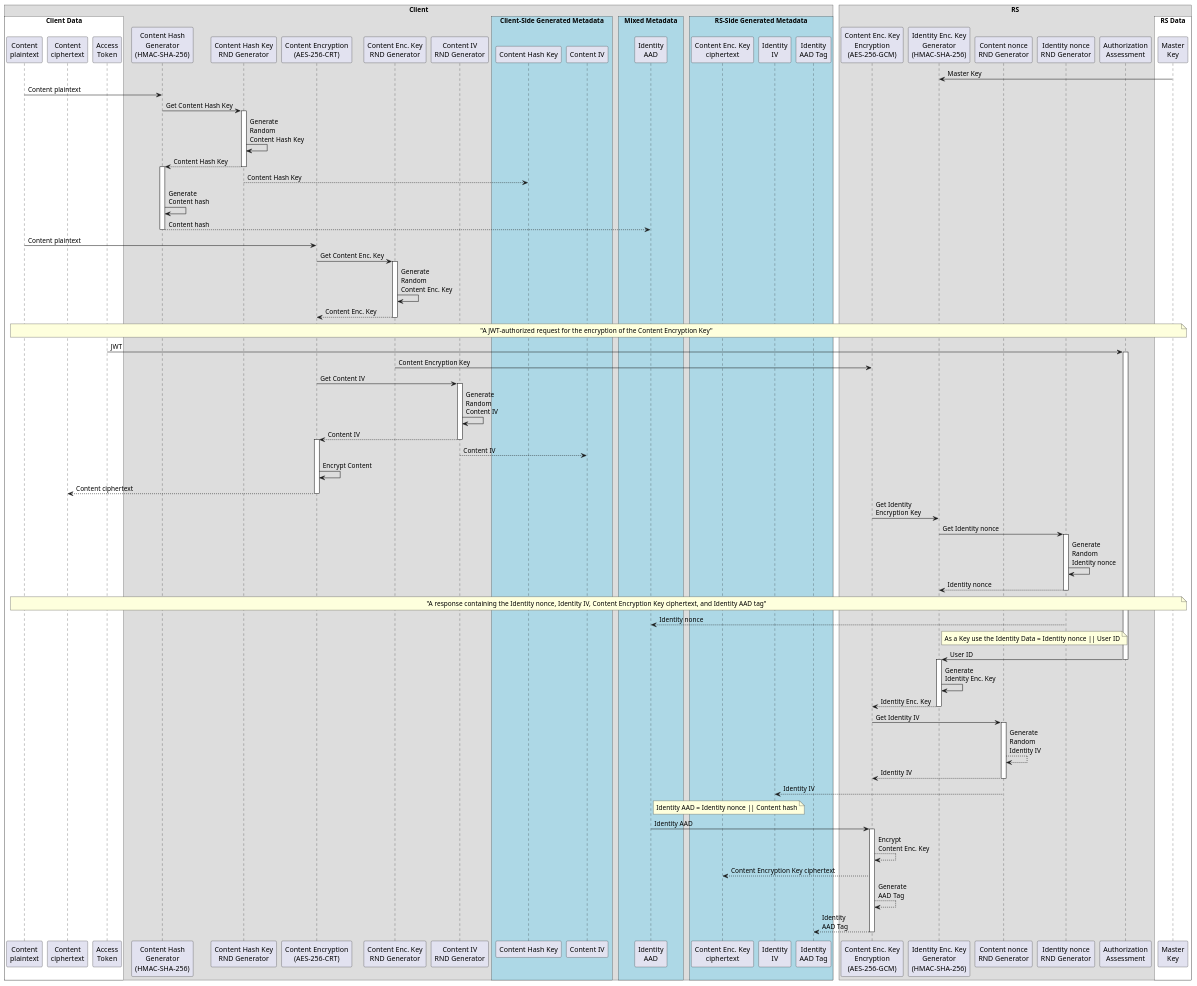
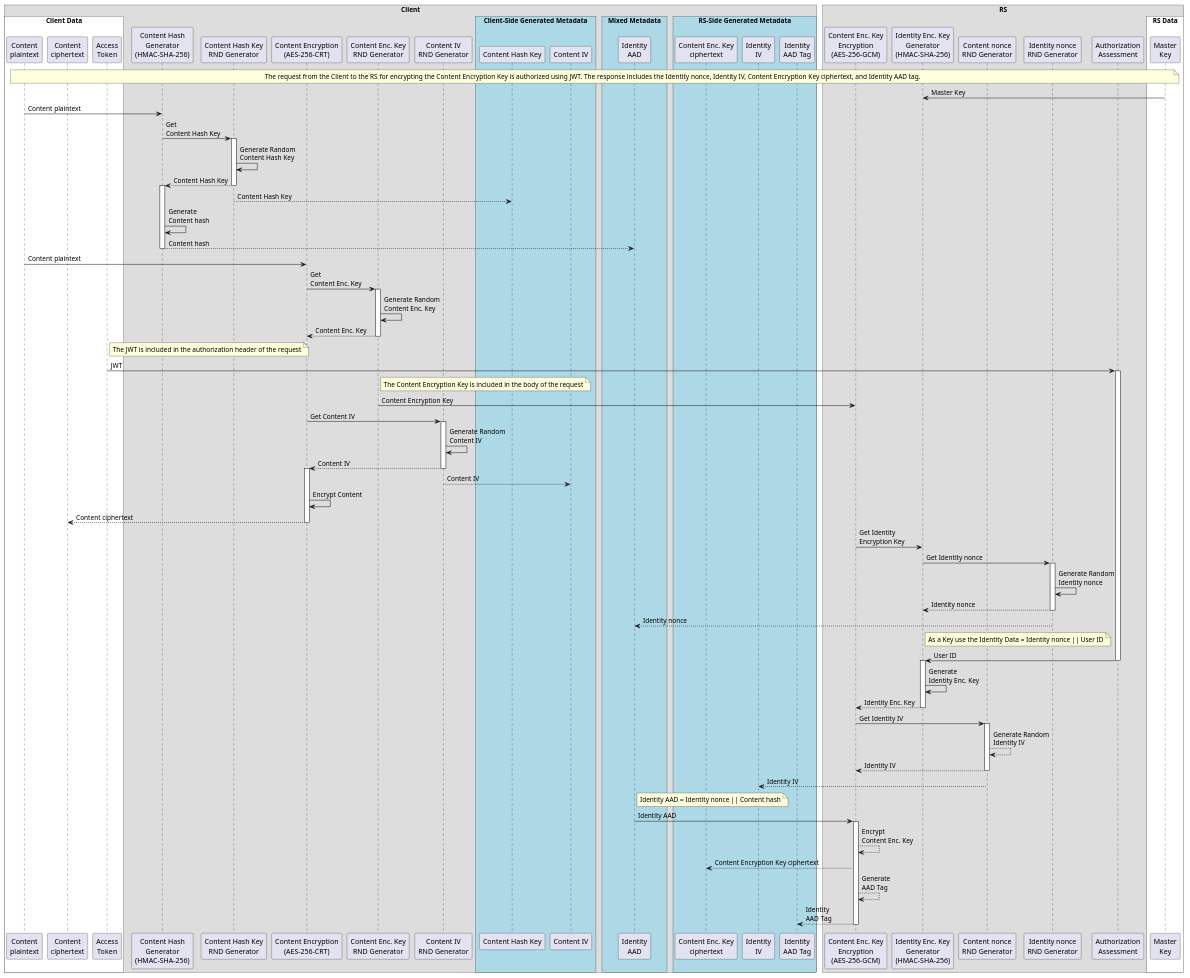
The diagram in docs/ENCRYPTION.md (umalabs/ibe), drawn with PlantUML before and after one commit. The commit also changed 2 other files, not shown here.

```diff
--- a/docs/ENCRYPTION.md
+++ b/docs/ENCRYPTION.md
@@ -87,15 +87,17 @@
     end box
 end box
 
+note across: The request from the Client to the RS for encrypting the Content Encryption Key is authorized using JWT. The response includes the Identity nonce, Identity IV, Content Encryption Key ciphertext, and Identity AAD tag.
+
 Masterkey -> IdentityEncKeyGen: Master Key
 
 ' --- Content plaintext for hash generation ---
 ContentPlaintext -> ContentHashGen: Content plaintext
 ' --- Content Hash Generation ---
-ContentHashGen -> ContentHashKeyRNDGen: Get Content Hash Key
+ContentHashGen -> ContentHashKeyRNDGen: Get\nContent Hash Key
 ' --- Content Hash Key Generation process ---
 activate ContentHashKeyRNDGen
-ContentHashKeyRNDGen -> ContentHashKeyRNDGen: Generate\nRandom\nContent Hash Key
+ContentHashKeyRNDGen -> ContentHashKeyRNDGen: Generate Random\nContent Hash Key
 ContentHashKeyRNDGen --> ContentHashGen: Content Hash Key
 deactivate ContentHashKeyRNDGen
 ' --- Content Hash Generation process ---
@@ -108,22 +110,24 @@
 ' Content plaintext for encryption
 ContentPlaintext -> ContentEncryption: Content plaintext
 ' Content plaintext Encryption
-ContentEncryption -> ContentEncKeyRNDGen: Get Content Enc. Key
+ContentEncryption -> ContentEncKeyRNDGen: Get\nContent Enc. Key
 ' --- Content Encryption Key Generation process ---
 activate ContentEncKeyRNDGen
-ContentEncKeyRNDGen -> ContentEncKeyRNDGen: Generate\nRandom\nContent Enc. Key
+ContentEncKeyRNDGen -> ContentEncKeyRNDGen: Generate Random\nContent Enc. Key
 ContentEncKeyRNDGen --> ContentEncryption: Content Enc. Key
 deactivate ContentEncKeyRNDGen
-' --- Request ---
-note across: "A JWT-authorized request for the encryption of the Content Encryption Key"
+' --- Request Authorization Header
+note right of AccessToken: The JWT is included in the authorization header of the request
 AccessToken->AuthorizationAssessment: JWT
 activate AuthorizationAssessment
+' --- Request Body ---
+note right of ContentEncKeyRNDGen: The Content Encryption Key is included in the body of the request
 ContentEncKeyRNDGen -> ContentEncKeyEncryption: Content Encryption Key
 ' --- Content plaintext IV Generation ---
 ContentEncryption -> ContentIV_RNDGen: Get Content IV
 ' --- Content plaintext IV Generation process ---
 activate ContentIV_RNDGen
-ContentIV_RNDGen -> ContentIV_RNDGen: Generate\nRandom\nContent IV
+ContentIV_RNDGen -> ContentIV_RNDGen: Generate Random\nContent IV
 ContentIV_RNDGen --> ContentEncryption: Content IV
 deactivate ContentIV_RNDGen
 ' --- Content plaintext Encryption process ---
@@ -139,13 +143,12 @@
 IdentityEncKeyGen -> IdentityNonceRNDGen: Get Identity nonce
 ' --- Identity nonce Generation process ---
 activate IdentityNonceRNDGen
-IdentityNonceRNDGen -> IdentityNonceRNDGen: Generate\nRandom\nIdentity nonce
+IdentityNonceRNDGen -> IdentityNonceRNDGen: Generate Random\nIdentity nonce
 IdentityNonceRNDGen --> IdentityEncKeyGen: Identity nonce
 deactivate IdentityNonceRNDGen
-note across: "A response containing the Identity nonce, Identity IV, Content Encryption Key ciphertext, and Identity AAD tag"
-' --- Response ---
+' --- Response Data ---
 IdentityNonceRNDGen --> IdentityAADMetadata: Identity nonce
-' ???
+' --- Identity Enc. Key Generation ---
 note right of IdentityEncKeyGen: As a Key use the Identity Data = Identity nonce || User ID
 AuthorizationAssessment-> IdentityEncKeyGen: User ID
 deactivate AuthorizationAssessment
@@ -158,10 +161,10 @@
 ContentEncKeyEncryption -> ContentNonceRNDGen: Get Identity IV
 ' --- Identity IV Generation process ---
 activate ContentNonceRNDGen
-ContentNonceRNDGen --> ContentNonceRNDGen: Generate\nRandom\nIdentity IV
+ContentNonceRNDGen --> ContentNonceRNDGen: Generate Random\nIdentity IV
 ContentNonceRNDGen --> ContentEncKeyEncryption: Identity IV
 deactivate ContentNonceRNDGen
-' --- Response ---
+' --- Response Data ---
 ContentNonceRNDGen --> IdentityIVMetadata: Identity IV
 ' --- Content Key Encryption ---
 note right of IdentityAADMetadata: Identity AAD = Identity nonce || Content hash
@@ -169,10 +172,10 @@
 ' --- Content Key Encryption process ---
 activate ContentEncKeyEncryption
 ContentEncKeyEncryption --> ContentEncKeyEncryption: Encrypt\nContent Enc. Key
-' --- Response ---
+' --- Response Data ---
 ContentEncKeyEncryption --> ContentEncKeyCiphertextMetadata: Content Encryption Key ciphertext
 ContentEncKeyEncryption --> ContentEncKeyEncryption: Generate\nAAD Tag
-' --- Response ---
+' --- Response Data ---
 ContentEncKeyEncryption --> IdentityAADTagMetadata: Identity\nAAD Tag
 deactivate ContentEncKeyEncryption
 
```
